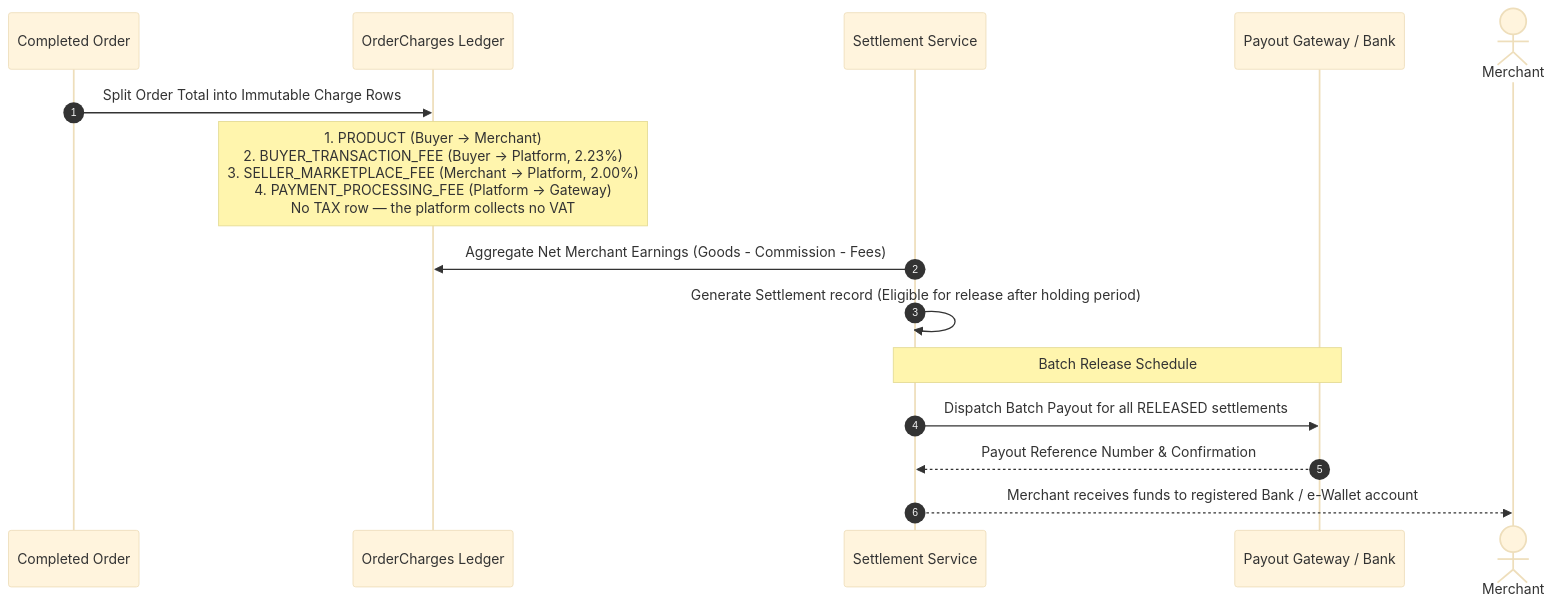
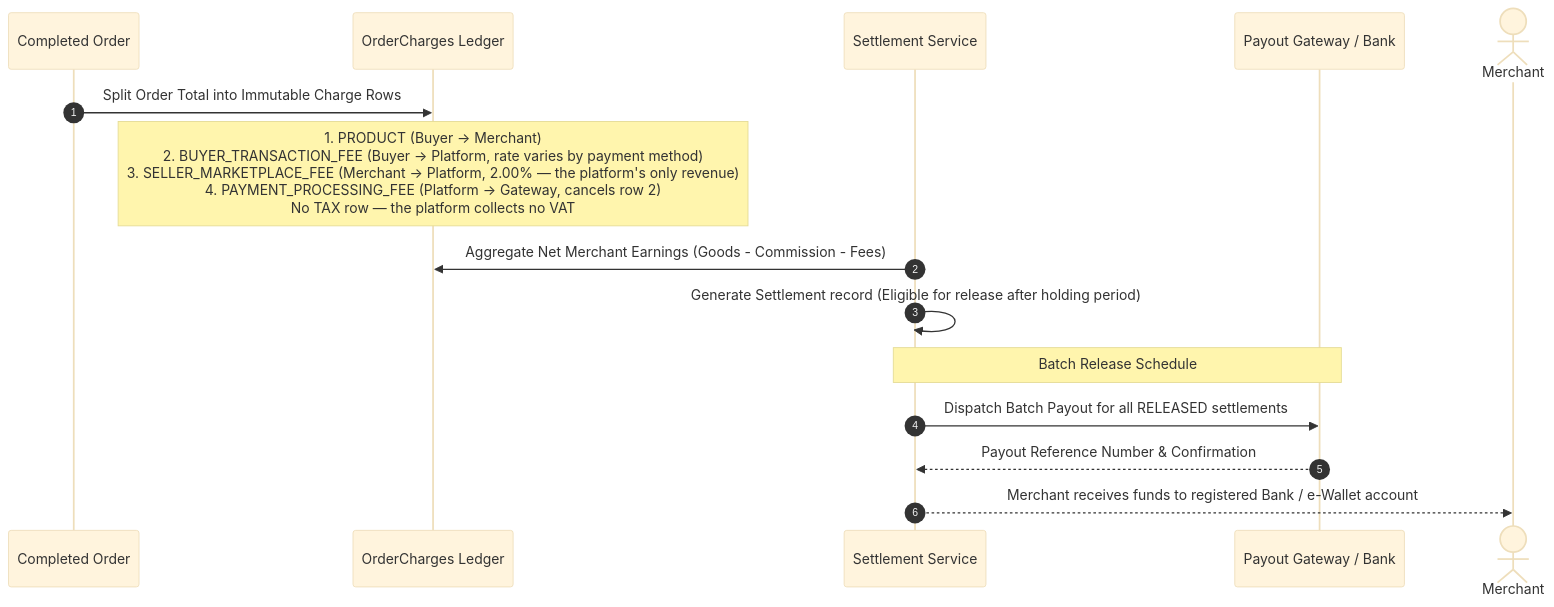
The tenth of 12 diagrams in docs/specs/FEATURES_AND_FLOWS.md (FORHU/mapanytime-api), drawn with Mermaid (base theme) before and after one commit. The commit also changed 2 other files, not shown here.

Commit message:
docs(specs): correct the platform margin and refresh the FLAGS header
The worked examples billed the buyer P22.30 but recorded only P20.00 going to
the gateway, keeping the P2.30 difference as platform revenue. That slice was
retired by F32 and is zero in the engine, so the docs were overstating margin
on every order. Same error in the appendix ledger table, where
PAYMENT_PROCESSING_FEE did not match the buyer fee it recovers.

Platform net is the 2.00% seller commission alone, on every method and every
basket size. Confirmed against a real order: P560 subtotal, P11.20 commission,
P548.80 to the seller, P572.77 charged to the buyer.

Also records that the buyer transaction fee varies by payment method and that
PaymentProviders is a table rather than a constant — PAYMONGO, MOCK and CASH
are seeded, and a cash order never touches a gateway at all.

FLAGS header: the FIX-PLAN.md pointer was dangling (the file was lost in the
2026-08-24 consolidation and is unrecoverable — not in git, editor history or
the recycle bin) and all three branch names were wrong.

````diff
--- a/docs/specs/FEATURES_AND_FLOWS.md
+++ b/docs/specs/FEATURES_AND_FLOWS.md
@@ -416,20 +416,20 @@
 ```mermaid
 sequenceDiagram
     autonumber
     participant Order as Completed Order
     participant Ledger as OrderCharges Ledger
     participant Settlement as Settlement Service
     participant Bank as Payout Gateway / Bank
     actor Merchant as Merchant
 
     Order->>Ledger: Split Order Total into Immutable Charge Rows
-    Note over Ledger: 1. PRODUCT (Buyer -> Merchant)<br/>2. BUYER_TRANSACTION_FEE (Buyer -> Platform, 2.23%)<br/>3. SELLER_MARKETPLACE_FEE (Merchant -> Platform, 2.00%)<br/>4. PAYMENT_PROCESSING_FEE (Platform -> Gateway)<br/>No TAX row — the platform collects no VAT
+    Note over Ledger: 1. PRODUCT (Buyer -> Merchant)<br/>2. BUYER_TRANSACTION_FEE (Buyer -> Platform, rate varies by payment method)<br/>3. SELLER_MARKETPLACE_FEE (Merchant -> Platform, 2.00% — the platform's only revenue)<br/>4. PAYMENT_PROCESSING_FEE (Platform -> Gateway, cancels row 2)<br/>No TAX row — the platform collects no VAT
 
     Settlement->>Ledger: Aggregate Net Merchant Earnings (Goods - Commission - Fees)
     Settlement->>Settlement: Generate Settlement record (Eligible for release after holding period)
 
     Note over Settlement,Bank: Batch Release Schedule
     Settlement->>Bank: Dispatch Batch Payout for all RELEASED settlements
     Bank-->>Settlement: Payout Reference Number & Confirmation
     Settlement-->>Merchant: Merchant receives funds to registered Bank / e-Wallet account
 ```
````
